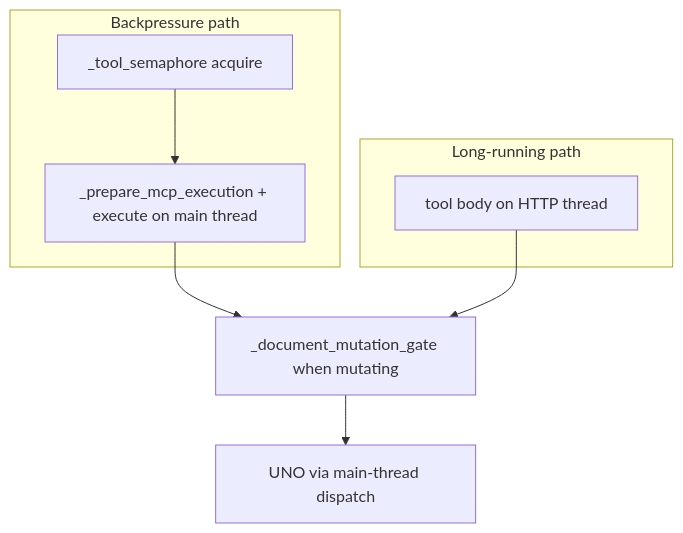
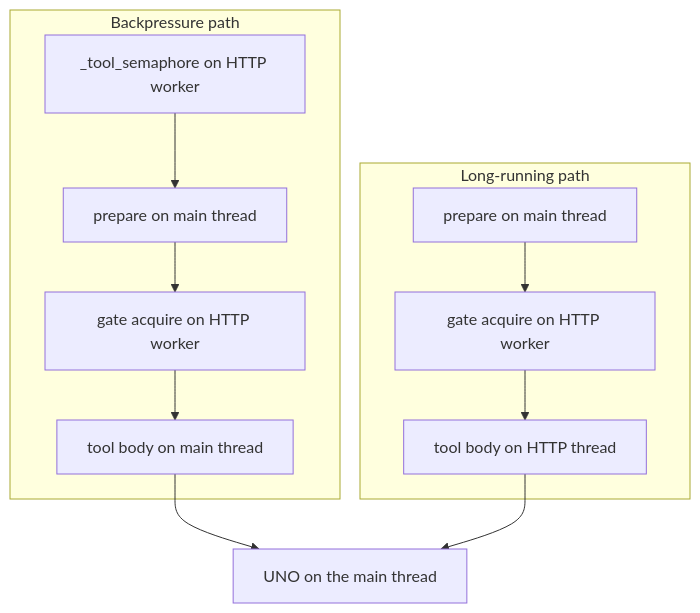
Before and after one commit to KeithCu/writeragent: the first of 3 diagrams in docs/framework/threading.md, drawn with Mermaid. The commit also changed other lines of this file and 23 other files, not shown here.

Commit message:
Stream drain, worker pool, UNO thread guard, and frame session

````diff
--- a/docs/framework/threading.md
+++ b/docs/framework/threading.md
@@ -37,14 +38,18 @@
 ```mermaid
 flowchart TB
     subgraph backpressure [Backpressure path]
-        Sem["_tool_semaphore acquire"]
-        MainRun["_prepare_mcp_execution + execute on main thread"]
-        Sem --> MainRun
+        Sem["_tool_semaphore on HTTP worker"]
+        PrepBp["prepare on main thread"]
+        GateBp["gate acquire on HTTP worker"]
+        BodyBp["tool body on main thread"]
+        Sem --> PrepBp --> GateBp --> BodyBp
     end
     subgraph longrun [Long-running path]
-        HttpRun["tool body on HTTP thread"]
+        PrepLr["prepare on main thread"]
+        GateLr["gate acquire on HTTP worker"]
+        BodyLr["tool body on HTTP thread"]
+        PrepLr --> GateLr --> BodyLr
     end
-    MainRun --> Gate["_document_mutation_gate when mutating"]
-    HttpRun --> Gate
-    Gate --> Uno["UNO via main-thread dispatch"]
+    BodyBp --> Uno["UNO on the main thread"]
+    BodyLr --> Uno
 ```
````
